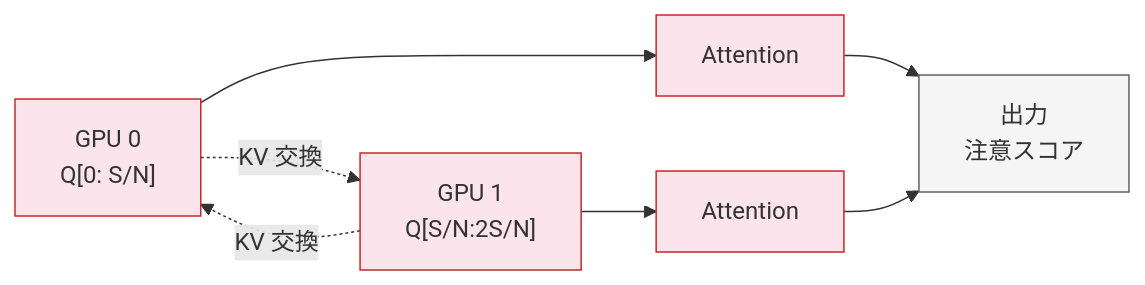
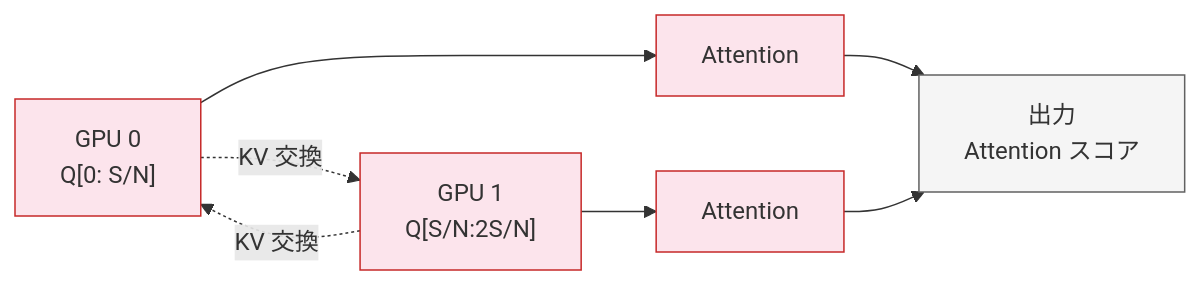
One commit to littlemex/zenn changed the tenth of 20 diagrams in books/ml-distributed-experiment-collection/transformer-distributed-parallelism.md. Above: the diagram before and after it, drawn with Mermaid. The commit also changed other lines of this file, not shown here.

````diff
--- a/books/ml-distributed-experiment-collection/transformer-distributed-parallelism.md
+++ b/books/ml-distributed-experiment-collection/transformer-distributed-parallelism.md
@@ -581,14 +581,14 @@
 ```mermaid
 graph LR
     GPU0["GPU 0<br/>Q[0: S/N]"] --> Attn0["Attention"]
     GPU1["GPU 1<br/>Q[S/N:2S/N]"] --> Attn1["Attention"]
     GPU0 -.->|"KV 交換"| GPU1
     GPU1 -.->|"KV 交換"| GPU0
-    Attn0 & Attn1 --> Out["出力<br/>注意スコア"]
+    Attn0 & Attn1 --> Out["出力<br/>Attention スコア"]
 
     style GPU0 fill: #fce4ec,stroke: #c62828
     style GPU1 fill: #fce4ec,stroke: #c62828
     style Attn0 fill: #fce4ec,stroke: #c62828
     style Attn1 fill: #fce4ec,stroke: #c62828
     style Out fill: #f5f5f5,stroke: #616161
 ```
````
